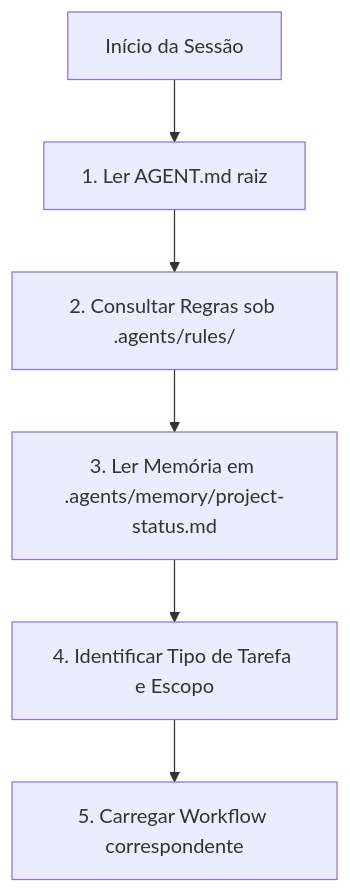
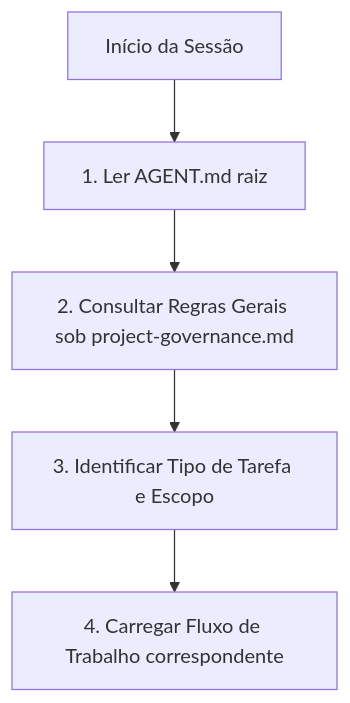
The diagram in AGENT.md (tdvieira/gerador_posts), drawn with Mermaid before and after one commit. The commit also changed other lines of this file and 297 other files, not shown here.

````diff
--- a/AGENT.md
+++ b/AGENT.md
@@ -43,8 +37,7 @@
 ```mermaid
 graph TD
     A[Início da Sessão] --> B[1. Ler AGENT.md raiz]
-    B --> C[2. Consultar Regras sob .agents/rules/]
-    C --> D[3. Ler Memória em .agents/memory/project-status.md]
-    D --> E[4. Identificar Tipo de Tarefa e Escopo]
-    E --> F[5. Carregar Workflow correspondente]
+    B --> C[2. Consultar Regras Gerais sob project-governance.md]
+    C --> D[3. Identificar Tipo de Tarefa e Escopo]
+    D --> E[4. Carregar Fluxo de Trabalho correspondente]
 ```
````
